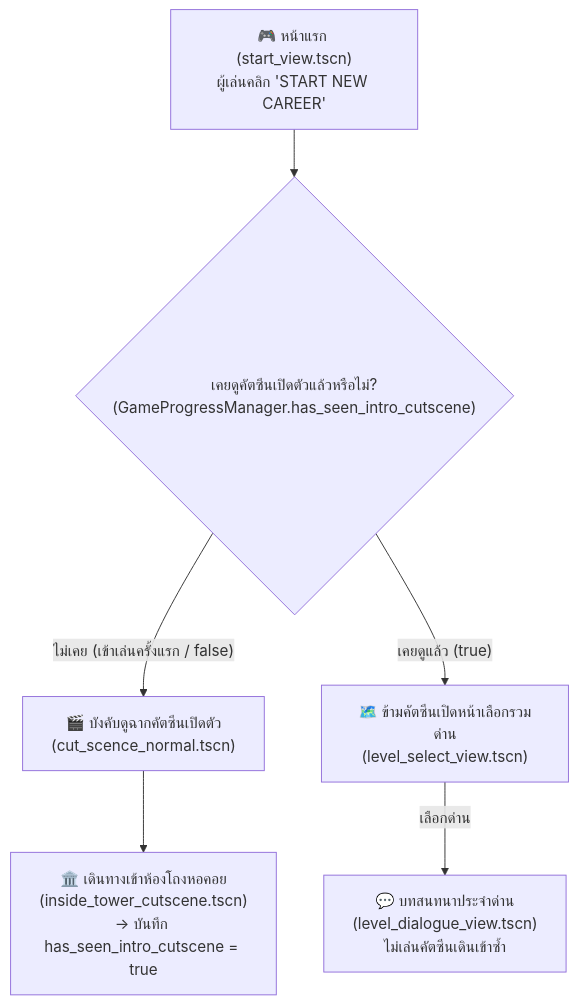
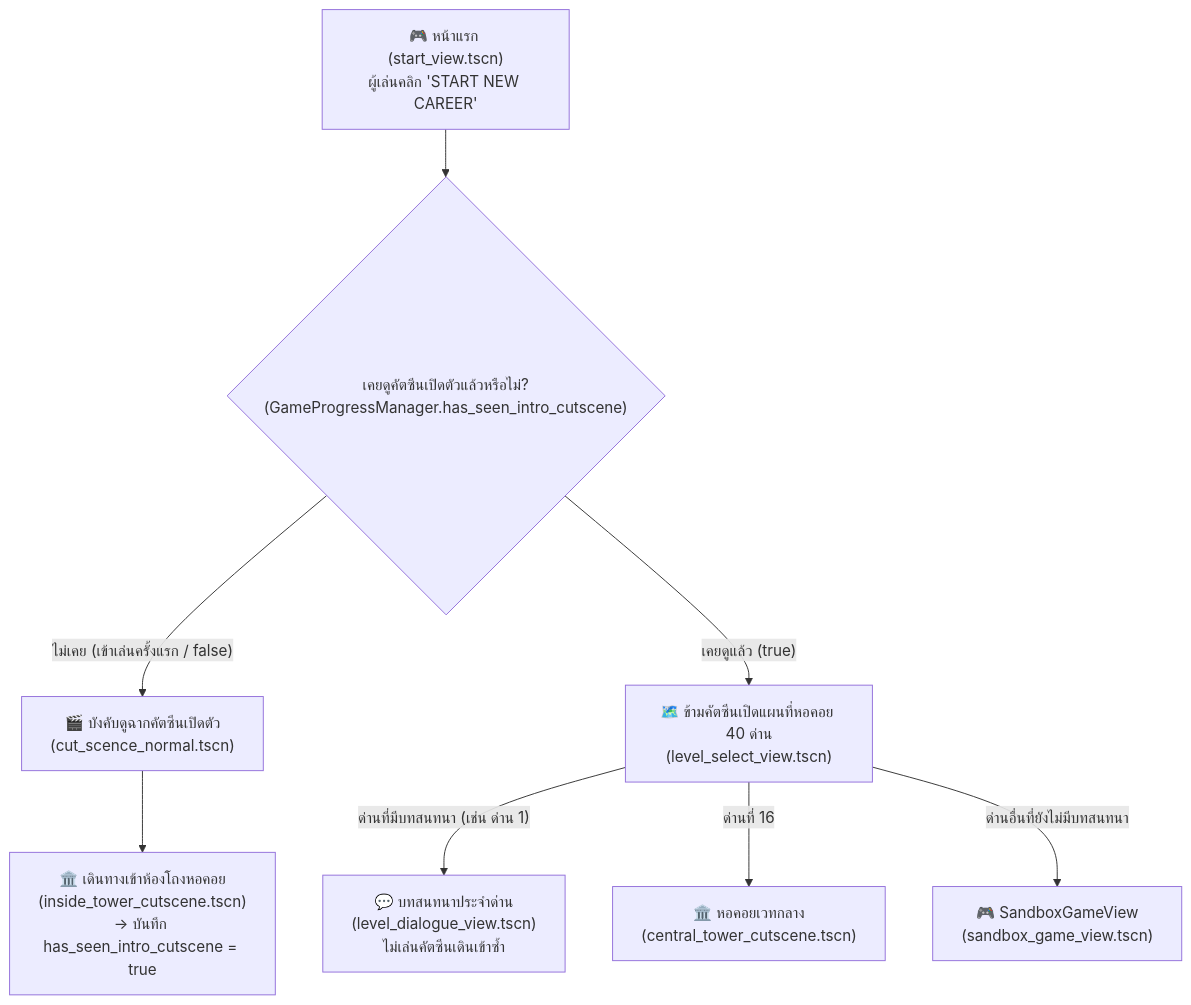
Before and after one commit to PetchAuisui/Demo-Game-Git-Diwaa: the second of 2 diagrams in docs/inside-tower-cutscene.md, drawn with Mermaid. The commit also changed other lines of this file and 2 other files, not shown here.

Commit message:
docs(cutscene): อัปเดตเอกสาร Flow หน้าเลือกด่าน 40 ด่าน และการเข้าเล่น SandboxGameView จริง

````diff
--- a/docs/inside-tower-cutscene.md
+++ b/docs/inside-tower-cutscene.md
@@ -256,10 +259,12 @@
 ```mermaid
 flowchart TD
     Start["🎮 หน้าแรก (start_view.tscn)\nผู้เล่นคลิก 'START NEW CAREER'"] --> CheckSeen{"เคยดูคัตซีนเปิดตัวแล้วหรือไม่?\n(GameProgressManager.has_seen_intro_cutscene)"}
     
     CheckSeen -->|"ไม่เคย (เข้าเล่นครั้งแรก / false)"| Cutscene["🎬 บังคับดูฉากคัตซีนเปิดตัว\n(cut_scence_normal.tscn)"]
     Cutscene --> PlayInside["🏛️ เดินทางเข้าห้องโถงหอคอย\n(inside_tower_cutscene.tscn)\n-> บันทึก has_seen_intro_cutscene = true"]
     
-    CheckSeen -->|"เคยดูแล้ว (true)"| LevelSelect["🗺️ ข้ามคัตซีนเปิดหน้าเลือกรวมด่าน\n(level_select_view.tscn)"]
-    LevelSelect -->|"เลือกด่าน"| PlayLevel["💬 บทสนทนาประจำด่าน\n(level_dialogue_view.tscn)\nไม่เล่นคัตซีนเดินเข้าซ้ำ"]
+    CheckSeen -->|"เคยดูแล้ว (true)"| LevelSelect["🗺️ ข้ามคัตซีนเปิดแผนที่หอคอย 40 ด่าน\n(level_select_view.tscn)"]
+    LevelSelect -->|"ด่านที่มีบทสนทนา (เช่น ด่าน 1)"| PlayLevel["💬 บทสนทนาประจำด่าน\n(level_dialogue_view.tscn)\nไม่เล่นคัตซีนเดินเข้าซ้ำ"]
+    LevelSelect -->|"ด่านที่ 16"| PlayCentral["🏛️ หอคอยเวทกลาง\n(central_tower_cutscene.tscn)"]
+    LevelSelect -->|"ด่านอื่นที่ยังไม่มีบทสนทนา"| PlaySandbox["🎮 SandboxGameView\n(sandbox_game_view.tscn)"]
 ```
````
